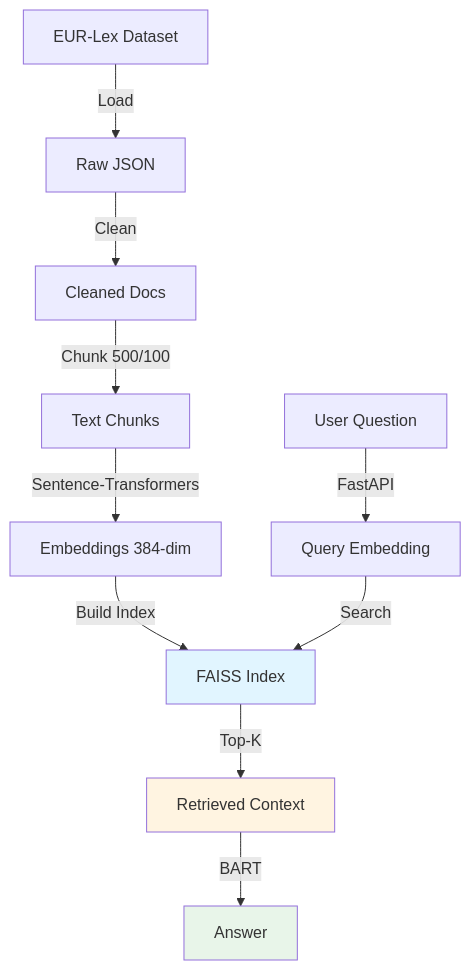
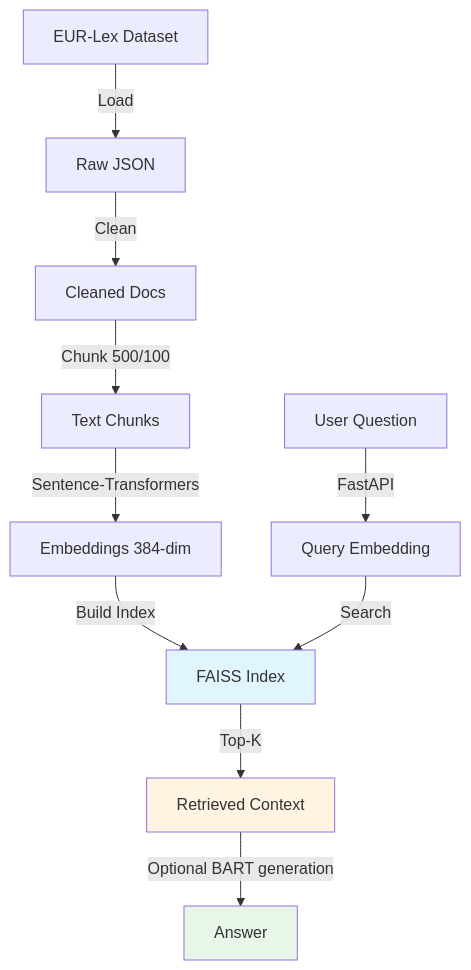
The diagram in README.md (Ankush-Patil99/legal-RAG-eurlex), drawn with Mermaid before and after one commit. The commit also changed other lines of this file, not shown here.

````diff
--- a/README.md
+++ b/README.md
@@ -90,17 +92,17 @@
 ```mermaid
 graph TB
     A[EUR-Lex Dataset] -->|Load| B[Raw JSON]
     B -->|Clean| C[Cleaned Docs]
     C -->|Chunk 500/100| D[Text Chunks]
     D -->|Sentence-Transformers| E[Embeddings 384-dim]
     E -->|Build Index| F[FAISS Index]
     
     G[User Question] -->|FastAPI| H[Query Embedding]
     H -->|Search| F
     F -->|Top-K| I[Retrieved Context]
-    I -->|BART| J[Answer]
+    I -->|Optional BART generation| J[Answer]
     
     style F fill:#e1f5ff
     style I fill:#fff4e1
     style J fill:#e8f5e9
 ```
````
